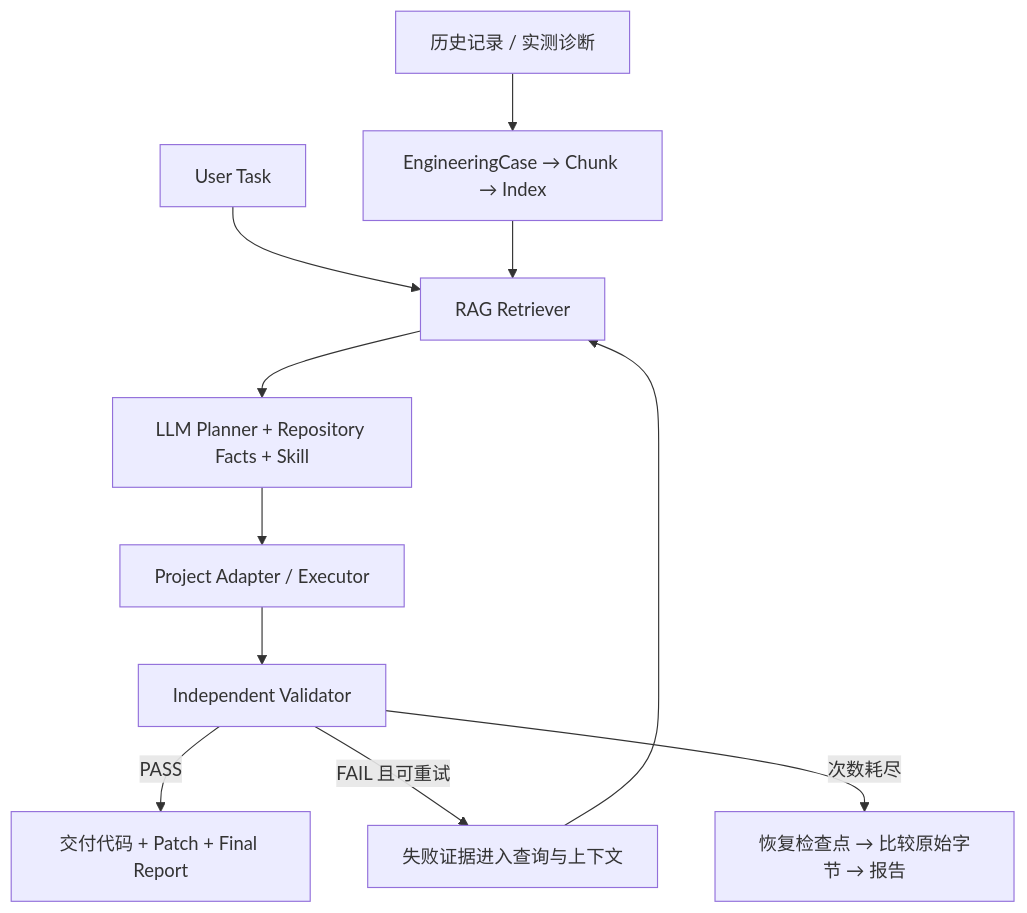
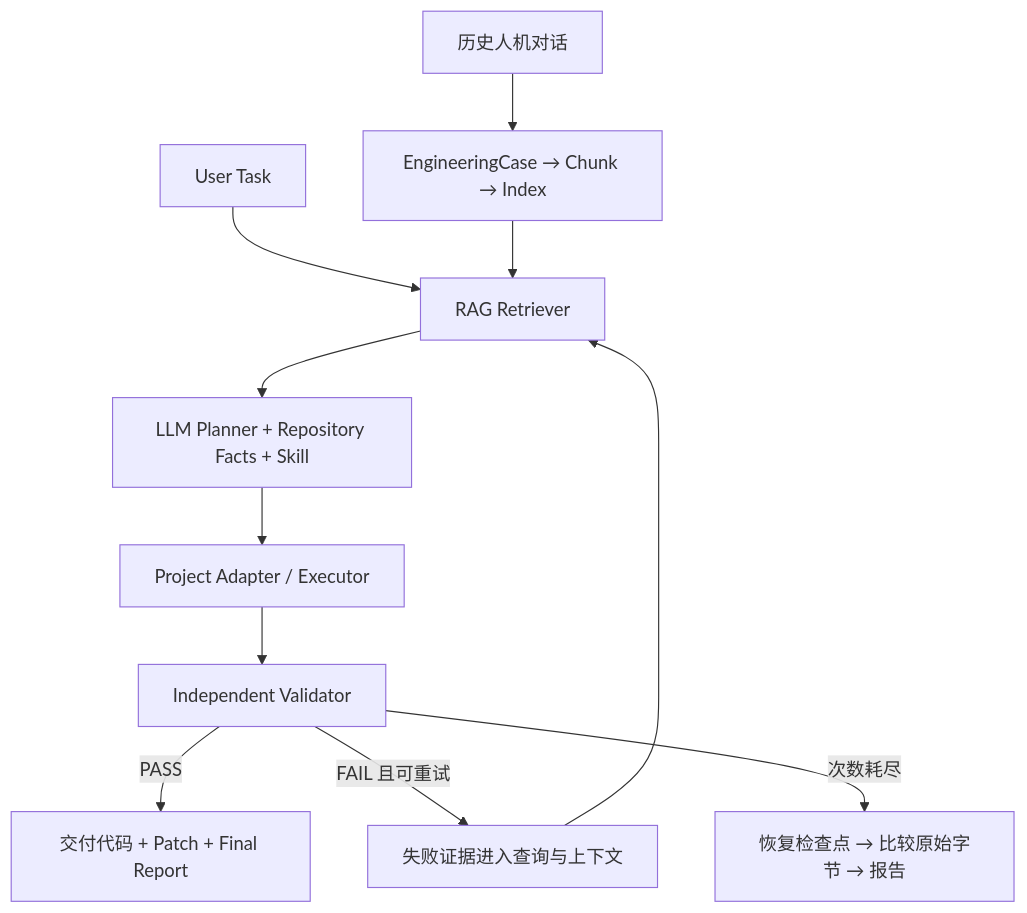
The diagram in README.md (chaomacv/experience-guided-code-agent), drawn with Mermaid before and after one commit. The commit also changed other lines of this file and 37 other files, not shown here.

````diff
--- a/README.md
+++ b/README.md
@@ -55,13 +55,13 @@
 ```mermaid
 flowchart TD
-    K[历史记录 / 实测诊断] --> C[EngineeringCase → Chunk → Index]
+    K[历史人机对话] --> C[EngineeringCase → Chunk → Index]
     T[User Task] --> R[RAG Retriever]
     C --> R
     R --> P[LLM Planner + Repository Facts + Skill]
     P --> E[Project Adapter / Executor]
     E --> V[Independent Validator]
     V -->|PASS| D[交付代码 + Patch + Final Report]
     V -->|FAIL 且可重试| F[失败证据进入查询与上下文]
     F --> R
     V -->|次数耗尽| B[恢复检查点 → 比较原始字节 → 报告]
 ```
````
